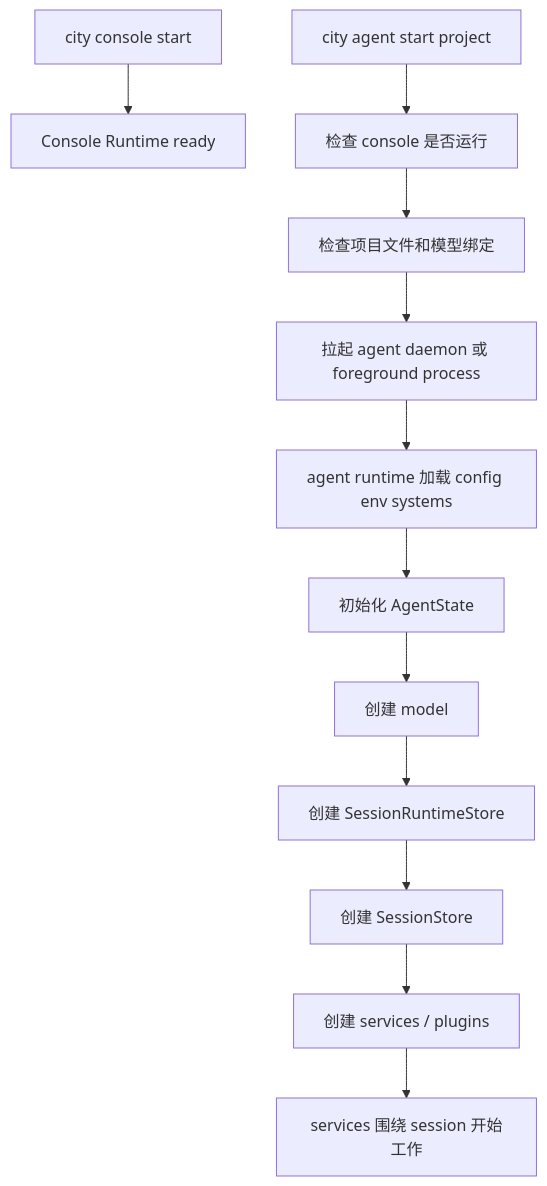
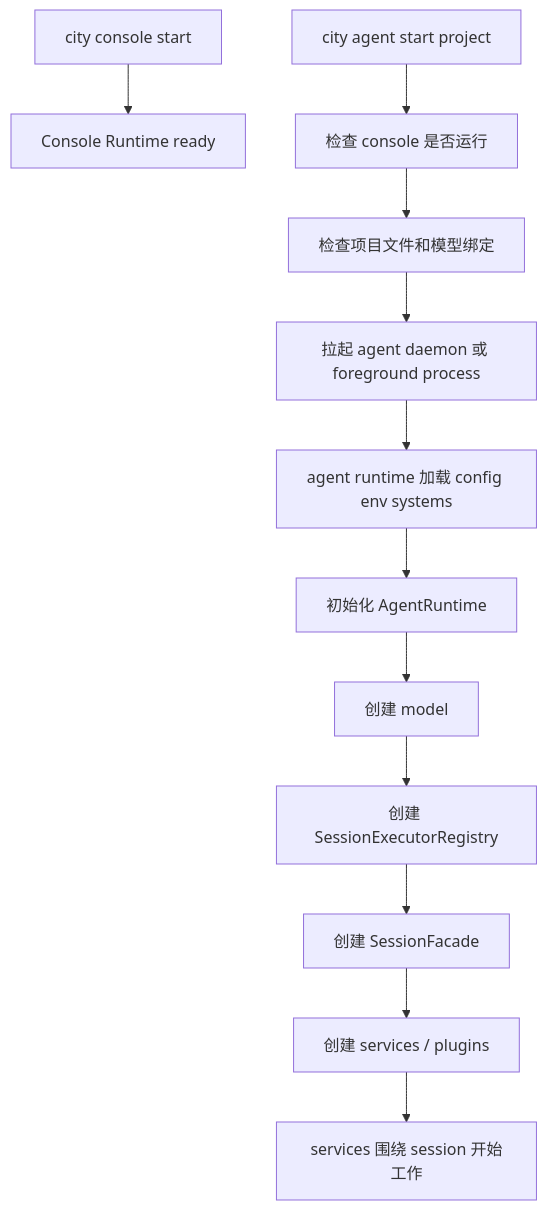
The second of 3 diagrams in homepage/content/devdocs/zh/session/console-and-session-runtime.mdx (wangenius/downcity), drawn with Mermaid before and after one commit. The commit also changed other lines of this file and 419 other files, not shown here.

````diff
--- a/homepage/content/devdocs/zh/session/console-and-session-runtime.mdx
+++ b/homepage/content/devdocs/zh/session/console-and-session-runtime.mdx
@@ -180,14 +180,14 @@
 ```mermaid
 flowchart TD
   A["city console start"] --> B["Console Runtime ready"]
   C["city agent start project"] --> D["检查 console 是否运行"]
   D --> E["检查项目文件和模型绑定"]
   E --> F["拉起 agent daemon 或 foreground process"]
   F --> G["agent runtime 加载 config env systems"]
-  G --> H["初始化 AgentState"]
+  G --> H["初始化 AgentRuntime"]
   H --> I["创建 model"]
-  I --> J["创建 SessionRuntimeStore"]
-  J --> K["创建 SessionStore"]
+  I --> J["创建 SessionExecutorRegistry"]
+  J --> K["创建 SessionFacade"]
   K --> L["创建 services / plugins"]
   L --> M["services 围绕 session 开始工作"]
 ```
````
